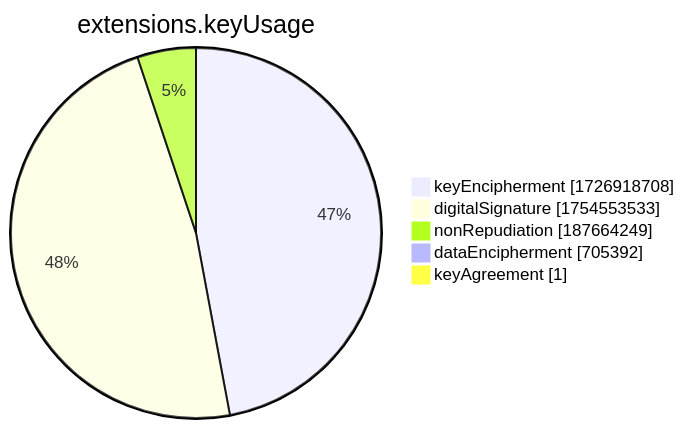
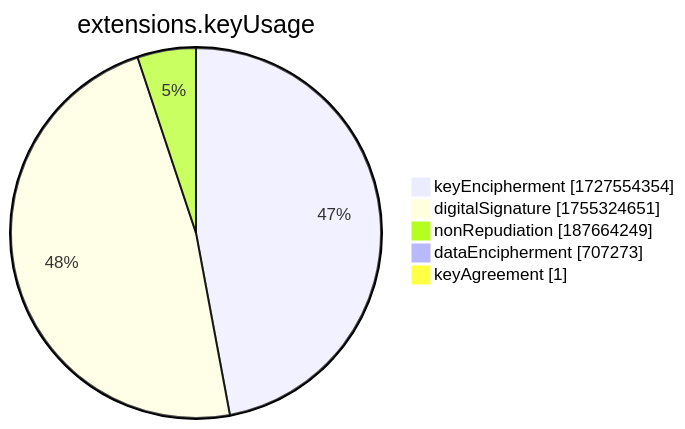
Before and after one commit to christiankrug/ctmonitor_visualization: the seventh of 15 diagrams in xenon2022/README.md, drawn with Mermaid. The commit also changed other lines of this file, not shown here.

````diff
--- a/xenon2022/README.md
+++ b/xenon2022/README.md
@@ -2859,9 +2859,9 @@
 ```mermaid
 pie showData
 title extensions.keyUsage
-"keyEncipherment" :1726918708
-"digitalSignature" :1754553533
+"keyEncipherment" :1727554354
+"digitalSignature" :1755324651
 "nonRepudiation" :187664249
-"dataEncipherment" :705392
+"dataEncipherment" :707273
 "keyAgreement" :1
 ```
````
